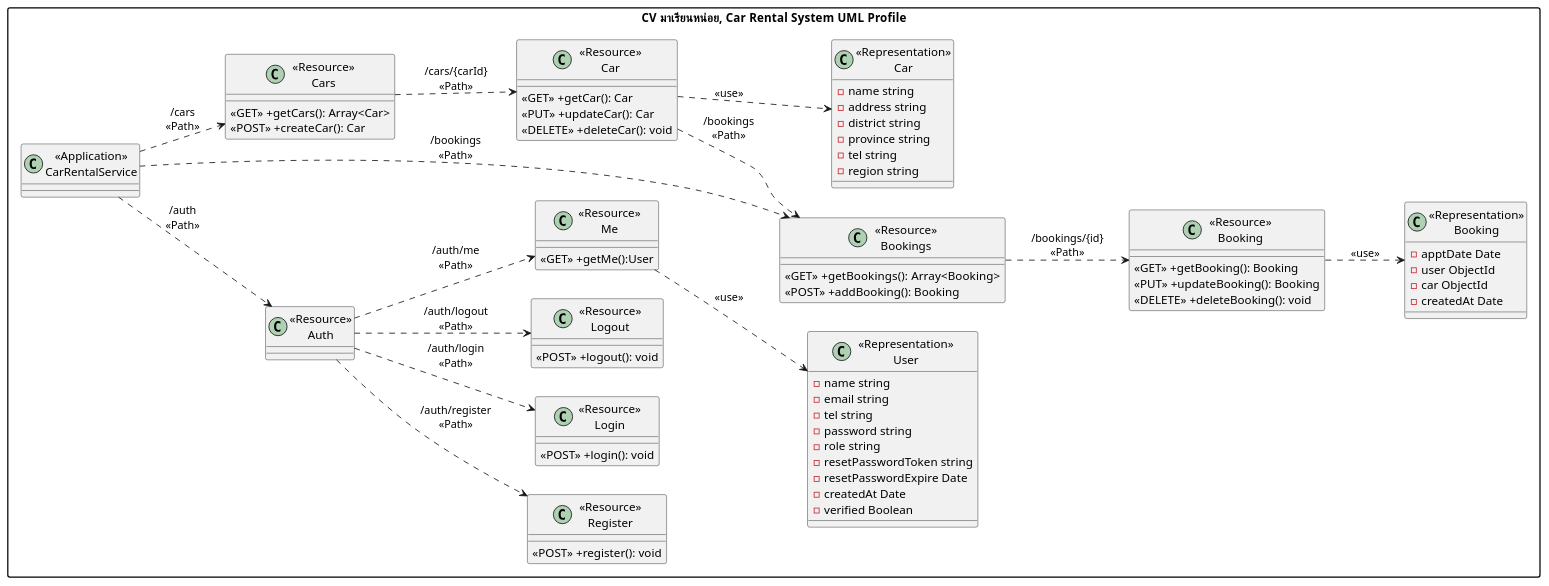
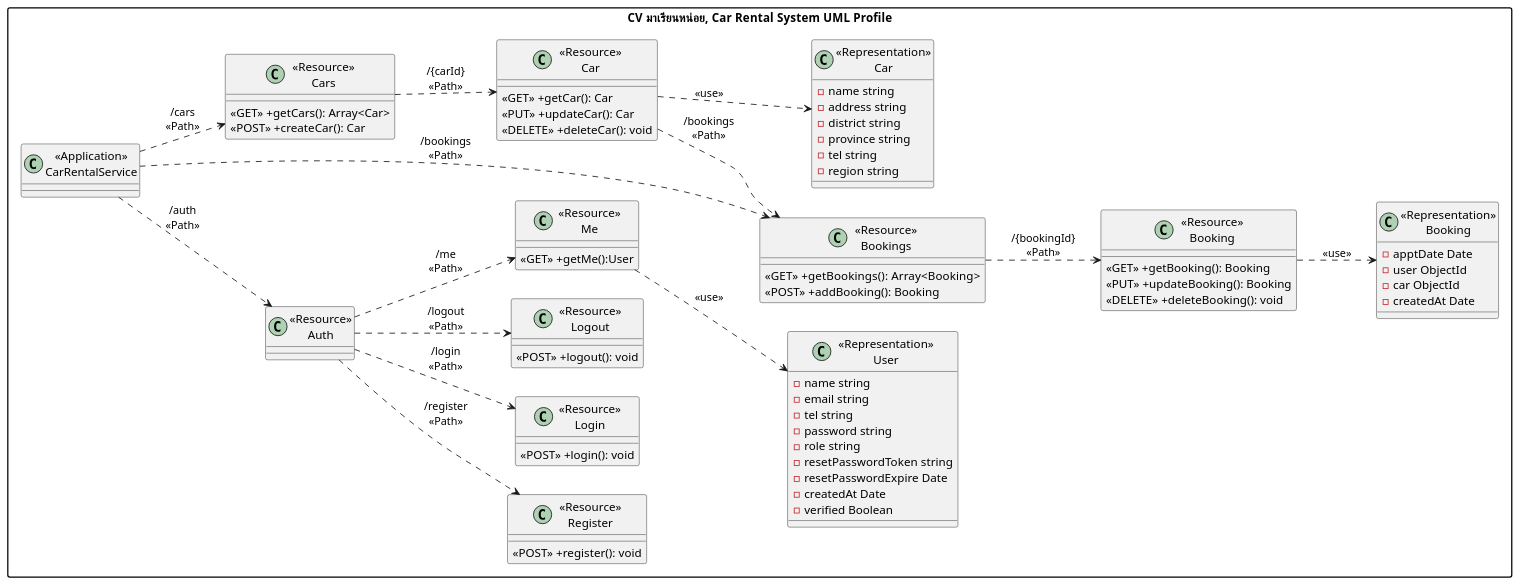
Before and after one commit to nnatchy/Rental-Car-Booking: the diagram in PlantUML/class/class.puml, drawn with PlantUML.

Commit message:
fix: remove duplicate path

```diff
--- a/PlantUML/class/class.puml
+++ b/PlantUML/class/class.puml
@@ -1,93 +1,93 @@
 @startuml
 left to right direction
 skinparam packageStyle rectangle
 
 package "CV มาเรียนหน่อย, Car Rental System UML Profile" {
     class "<<Application>>\nCarRentalService" as CarRentalService{
     }
 
     ' Authentication block
     class "<<Resource>>\nAuth" as ResourceAuth {
     }
     class "<<Resource>>\nRegister" as ResourceRegister {
         <<POST>> +register(): void
     }
     class "<<Resource>>\nLogin" as ResourceLogin {
         <<POST>> +login(): void
     }
     class "<<Resource>>\nLogout" as ResourceLogout {
         <<POST>> +logout(): void
     }
     class "<<Resource>>\nMe" as ResourceMe {
         <<GET>> +getMe():User
     }
 
     ' Bookings block
     class "<<Resource>>\nBookings" as ResourceBookings {
         <<GET>>  +getBookings(): Array<Booking>
         <<POST>> +addBooking(): Booking
     }
     class "<<Resource>>\nBooking" as ResourceBooking {
         <<GET>> +getBooking(): Booking
         <<PUT>> +updateBooking(): Booking
         <<DELETE>> +deleteBooking(): void
     }
 
     ' Cars block
     class "<<Resource>>\nCars" as ResourceCars {
         <<GET>> +getCars(): Array<Car>
         <<POST>> +createCar(): Car
     }
     class "<<Resource>>\nCar" as ResourceCar {
         <<GET>> +getCar(): Car
         <<PUT>> +updateCar(): Car
         <<DELETE>> +deleteCar(): void
     }
 
     ' Representations block
     class "<<Representation>>\nUser" as RepresentationUser {
         -name string
         -email string
         -tel string
         -password string
         -role string
         -resetPasswordToken string
         -resetPasswordExpire Date
         -createdAt Date
         -verified Boolean
     }
     class "<<Representation>>\nBooking" as RepresentationBooking {
         -apptDate Date
         -user ObjectId
         -car ObjectId
         -createdAt Date
     }
     class "<<Representation>>\nCar" as RepresentationCar {
         -name string
         -address string
         -district string
         -province string
         -tel string
         -region string
     }
 }
 
 ' Paths updated to remove /api/v1 and reflect the relationship between cars and bookings
 CarRentalService ..> ResourceAuth : "/auth\n<<Path>>"
-ResourceAuth ..> ResourceRegister : "/auth/register\n<<Path>>"
-ResourceAuth ..> ResourceLogin : "/auth/login\n<<Path>>"
-ResourceAuth ..> ResourceLogout : "/auth/logout\n<<Path>>"
-ResourceAuth ..> ResourceMe : "/auth/me\n<<Path>>"
+ResourceAuth ..> ResourceRegister : "/register\n<<Path>>"
+ResourceAuth ..> ResourceLogin : "/login\n<<Path>>"
+ResourceAuth ..> ResourceLogout : "/logout\n<<Path>>"
+ResourceAuth ..> ResourceMe : "/me\n<<Path>>"
 ResourceMe ..> RepresentationUser : "<<use>>"
 
 CarRentalService ..> ResourceBookings : "/bookings\n<<Path>>"
-ResourceBookings ..> ResourceBooking : "/bookings/{id}\n<<Path>>"
+ResourceBookings ..> ResourceBooking : "/{bookingId}\n<<Path>>"
 ResourceBooking ..> RepresentationBooking : "<<use>>"
 
 CarRentalService ..> ResourceCars : "/cars\n<<Path>>"
-ResourceCars ..> ResourceCar : "/cars/{carId}\n<<Path>>"
+ResourceCars ..> ResourceCar : "/{carId}\n<<Path>>"
 ResourceCar ..> RepresentationCar : "<<use>>"
 
 ResourceCar ..> ResourceBookings : "/bookings\n<<Path>>"
 
 @enduml
```
